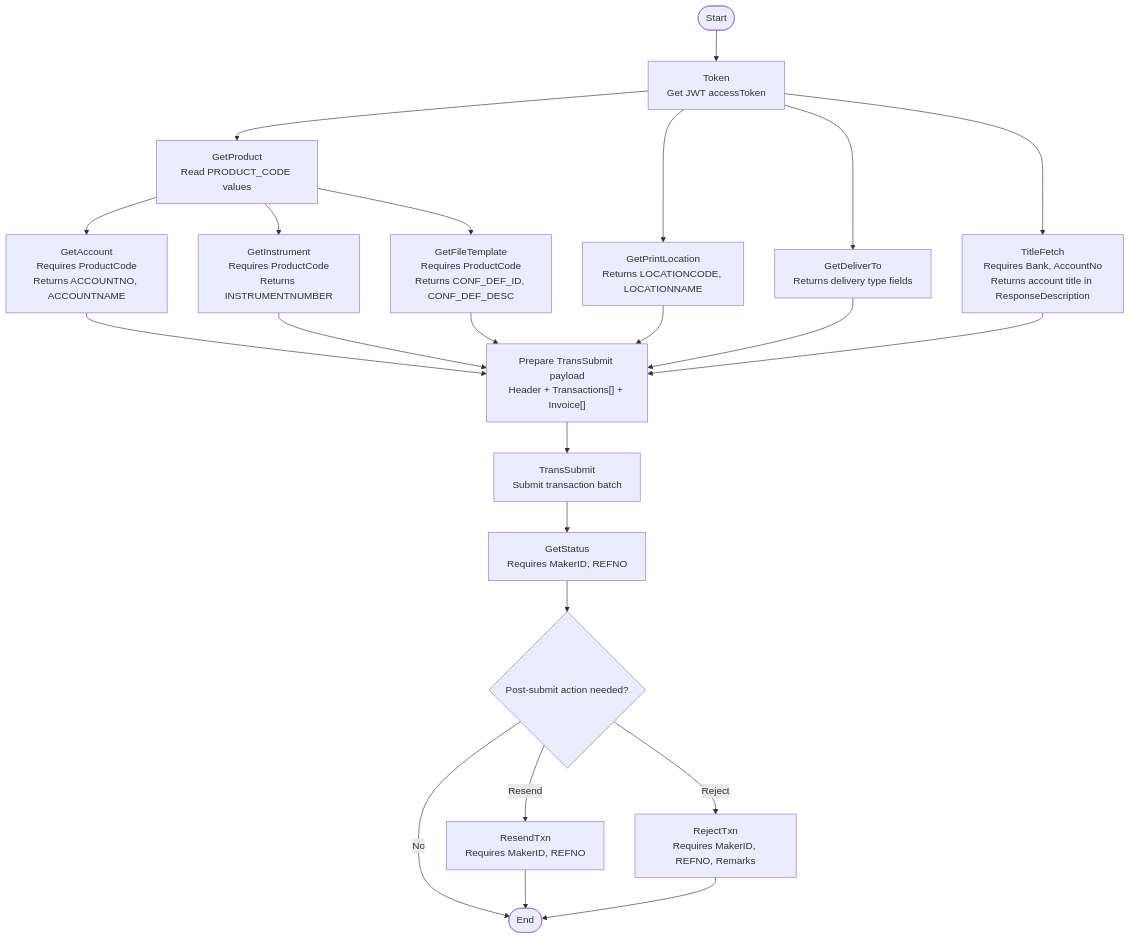
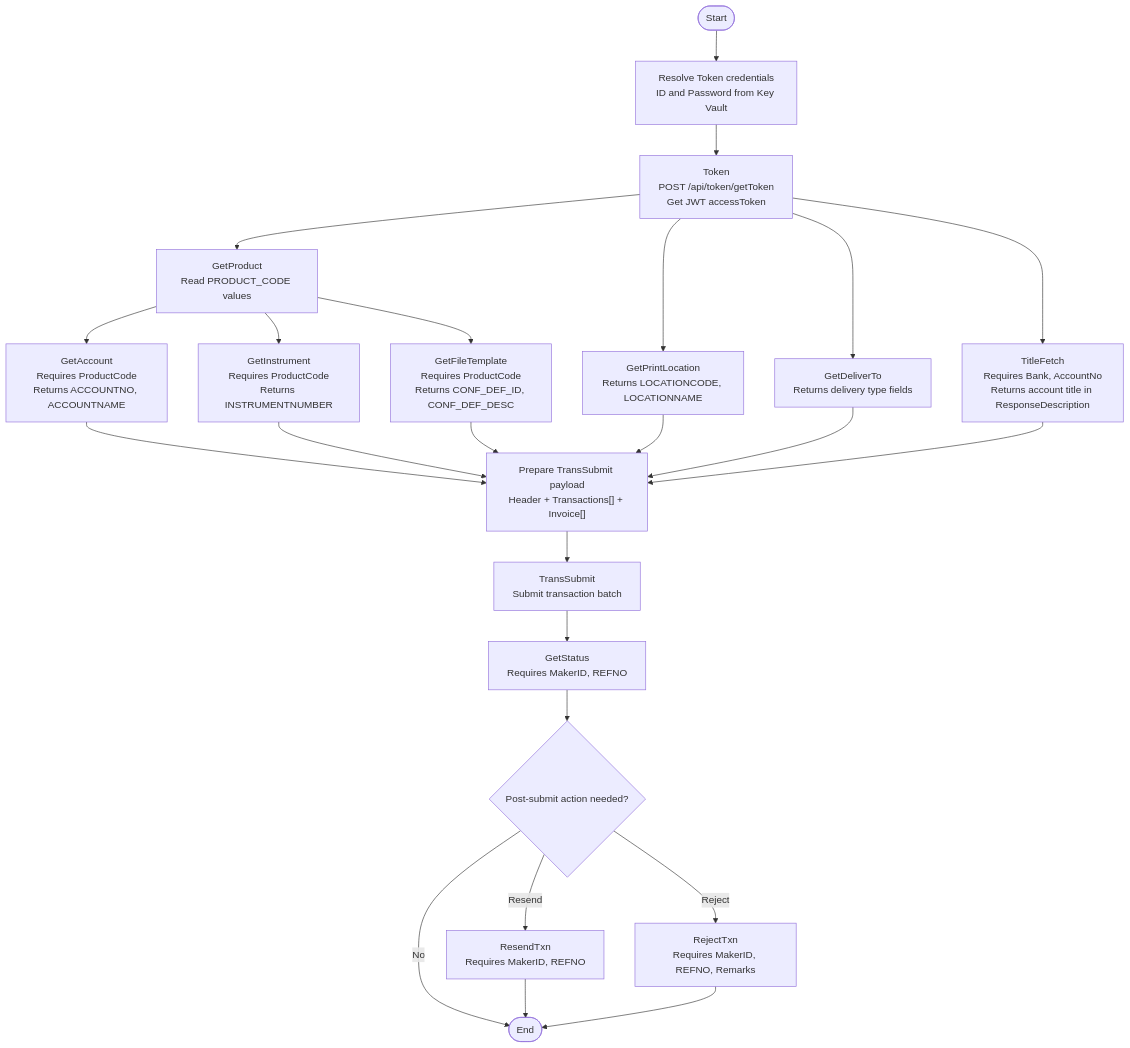
Before and after one commit to FarrukhSaleem/Documents: the fifth of 8 diagrams in CMSWrapperAPI_API_Document_Low_Level_Diagram.md, drawn with Mermaid. The commit also changed other lines of this file, not shown here.

````diff
--- a/CMSWrapperAPI_API_Document_Low_Level_Diagram.md
+++ b/CMSWrapperAPI_API_Document_Low_Level_Diagram.md
@@ -115,42 +180,44 @@
 ```mermaid
 flowchart TD
     Start(["Start"])
-    TokenCall["Token<br/>Get JWT accessToken"]
+    Credentials["Resolve Token credentials<br/>ID and Password from Key Vault"]
+    TokenCall["Token<br/>POST /api/token/getToken<br/>Get JWT accessToken"]
     Product["GetProduct<br/>Read PRODUCT_CODE values"]
     Account["GetAccount<br/>Requires ProductCode<br/>Returns ACCOUNTNO, ACCOUNTNAME"]
     Instrument["GetInstrument<br/>Requires ProductCode<br/>Returns INSTRUMENTNUMBER"]
     FileTemplate["GetFileTemplate<br/>Requires ProductCode<br/>Returns CONF_DEF_ID, CONF_DEF_DESC"]
     PrintLocation["GetPrintLocation<br/>Returns LOCATIONCODE, LOCATIONNAME"]
     DeliverTo["GetDeliverTo<br/>Returns delivery type fields"]
     TitleFetch["TitleFetch<br/>Requires Bank, AccountNo<br/>Returns account title in ResponseDescription"]
     Prepare["Prepare TransSubmit payload<br/>Header + Transactions[] + Invoice[]"]
     Submit["TransSubmit<br/>Submit transaction batch"]
     Status["GetStatus<br/>Requires MakerID, REFNO"]
     Decision{"Post-submit action needed?"}
     Resend["ResendTxn<br/>Requires MakerID, REFNO"]
     Reject["RejectTxn<br/>Requires MakerID, REFNO, Remarks"]
     Done(["End"])
 
-    Start --> TokenCall
+    Start --> Credentials
+    Credentials --> TokenCall
     TokenCall --> Product
     Product --> Account
     Product --> Instrument
     Product --> FileTemplate
     TokenCall --> PrintLocation
     TokenCall --> DeliverTo
     TokenCall --> TitleFetch
     Account --> Prepare
     Instrument --> Prepare
     FileTemplate --> Prepare
     PrintLocation --> Prepare
     DeliverTo --> Prepare
     TitleFetch --> Prepare
     Prepare --> Submit
     Submit --> Status
     Status --> Decision
     Decision -->|"No"| Done
     Decision -->|"Resend"| Resend
     Decision -->|"Reject"| Reject
     Resend --> Done
     Reject --> Done
 ```
````
